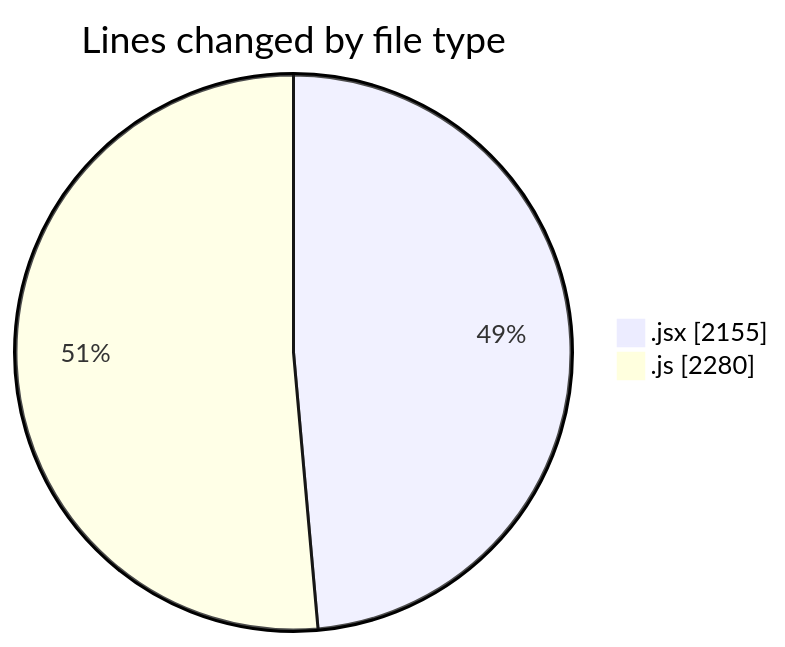
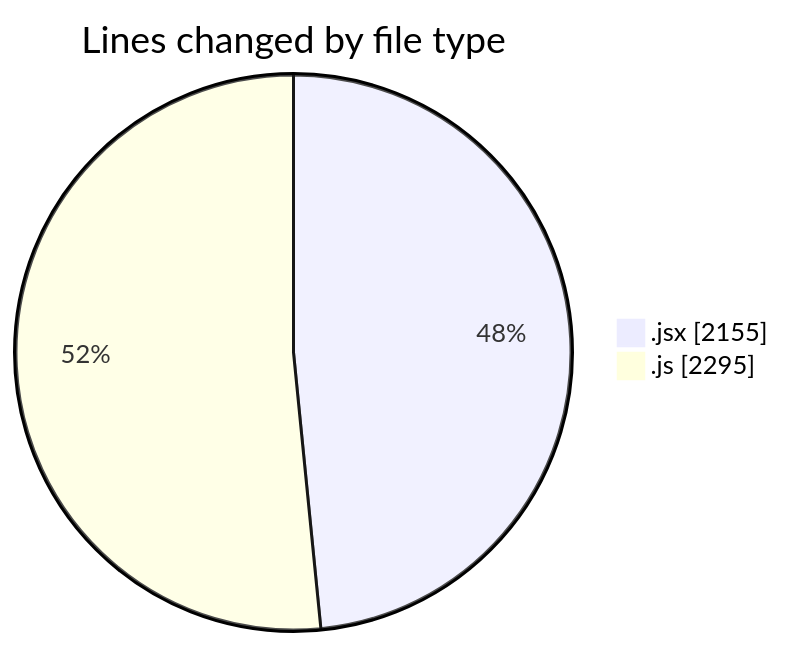
One commit to nxtqubesakshisongat/code-tracking changed the first of 2 diagrams in 2025-07-30/nxtqube_webapp/README.md. Above: the diagram before and after it, drawn with Mermaid. The commit also changed other lines of this file and 1 other file, not shown here.

````diff
--- a/2025-07-30/nxtqube_webapp/README.md
+++ b/2025-07-30/nxtqube_webapp/README.md
@@ -27,6 +27,6 @@
 ```mermaid
 pie showData
 title Lines changed by file type
 ".jsx" : 2155
-".js" : 2280
+".js" : 2295
 ```
````
